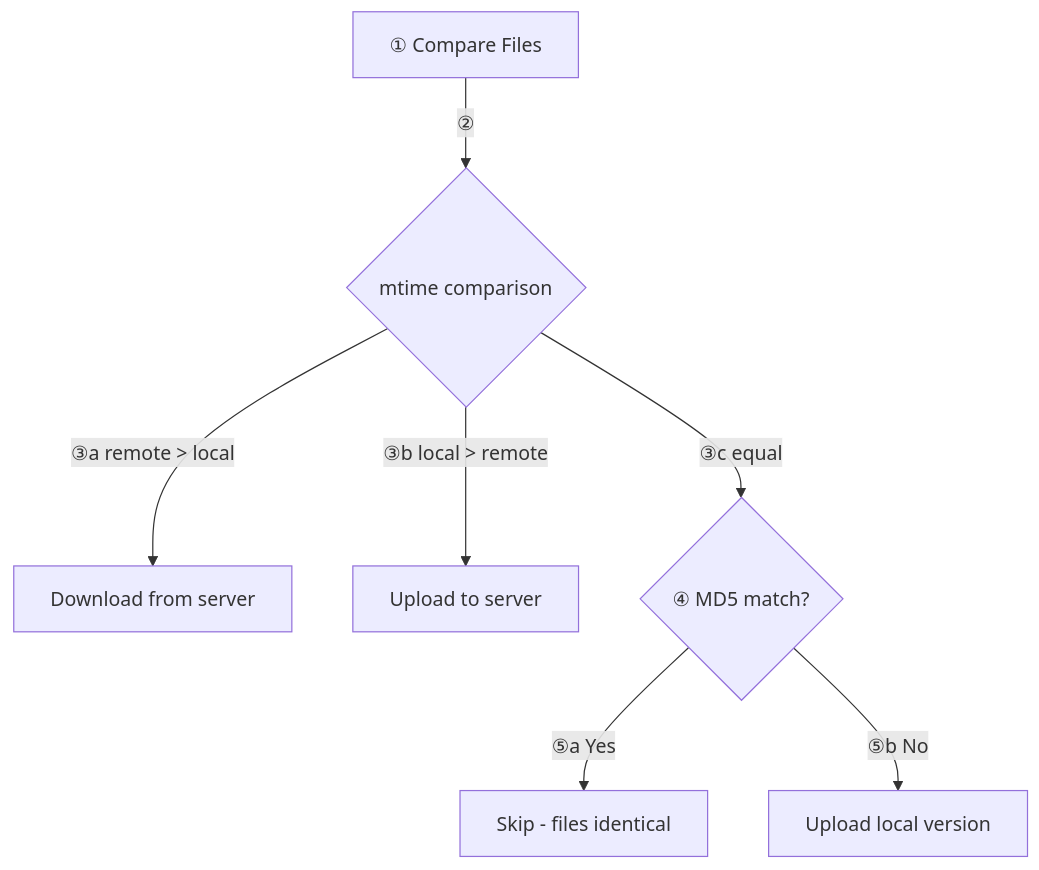
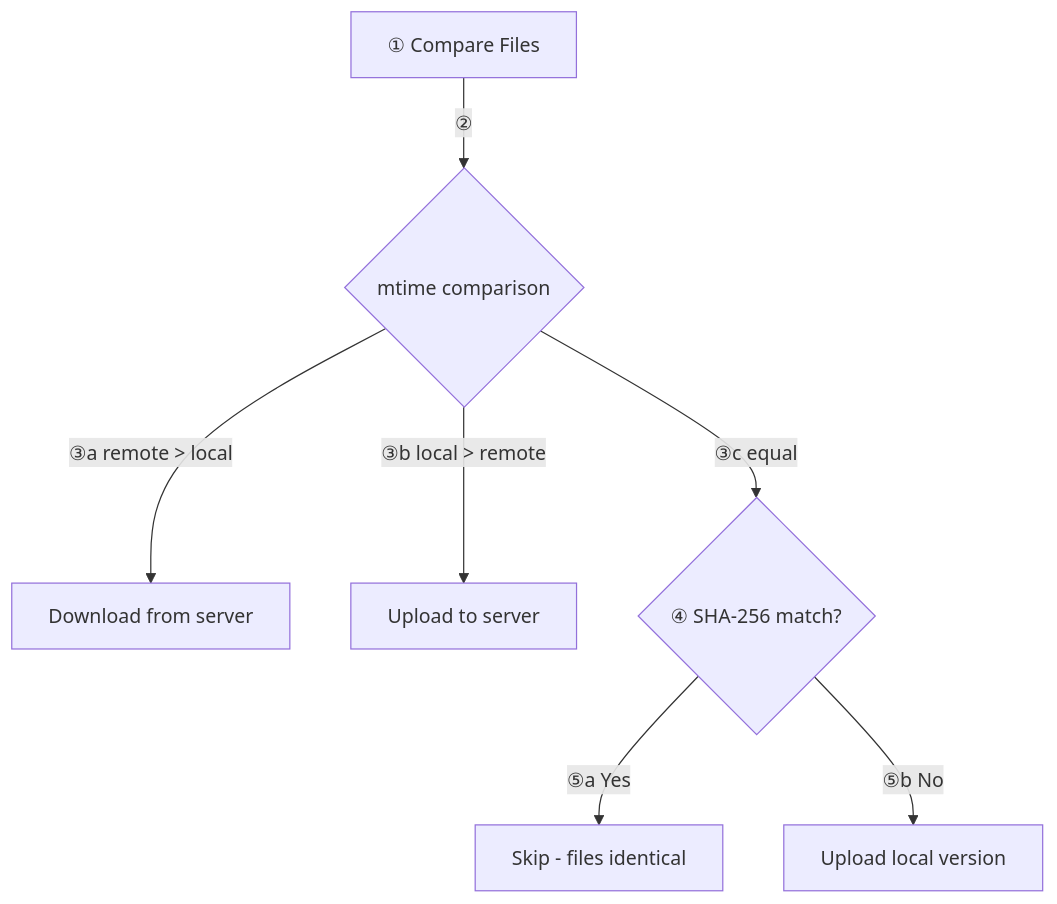
One commit to albertsdk/hsync-server changed the fifth of 7 diagrams in docs/sync-flow.md. Above: the diagram before and after it, drawn with Mermaid. The commit also changed other lines of this file and 24 other files, not shown here.

````diff
--- a/docs/sync-flow.md
+++ b/docs/sync-flow.md
@@ -128,11 +128,11 @@
 ```mermaid
 flowchart TD
     C[① Compare Files] -->|"②"| T{mtime comparison}
 
     T -->|"③a remote > local"| D[Download from server]
     T -->|"③b local > remote"| U[Upload to server]
-    T -->|"③c equal"| H{④ MD5 match?}
+    T -->|"③c equal"| H{④ SHA-256 match?}
 
     H -->|"⑤a Yes"| S[Skip - files identical]
     H -->|"⑤b No"| U2[Upload local version]
 ```
````
